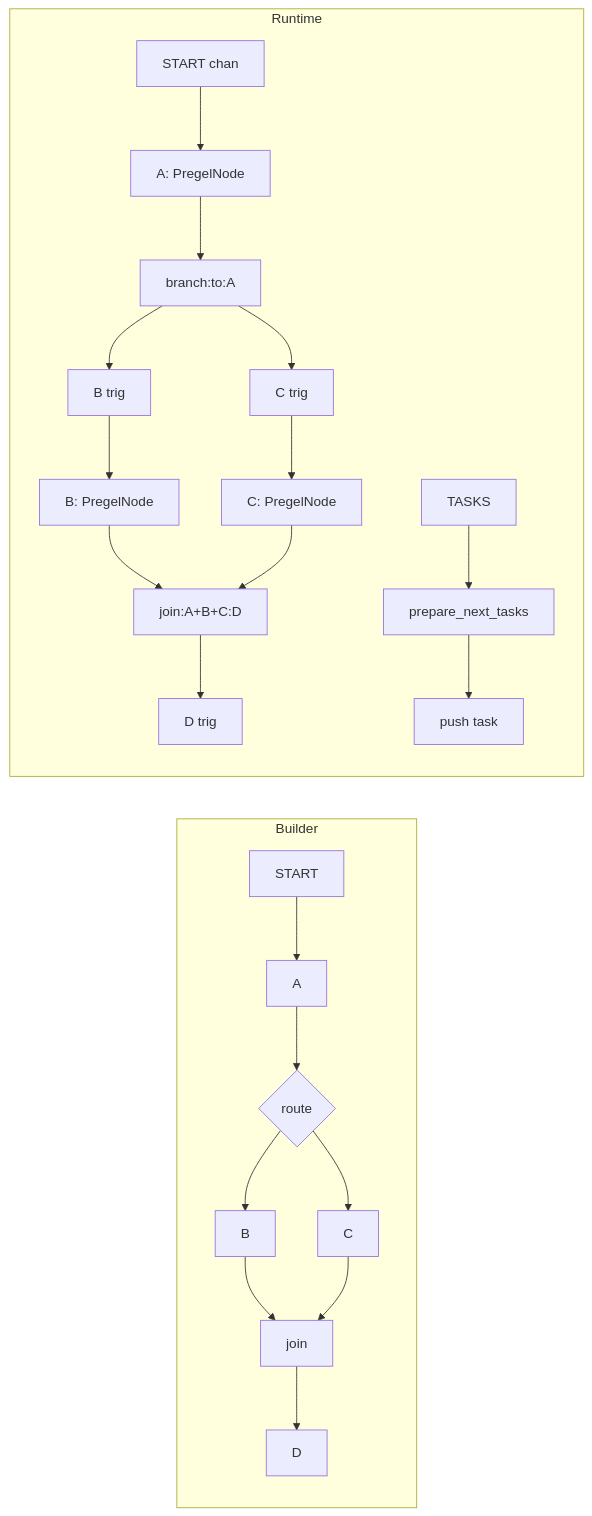
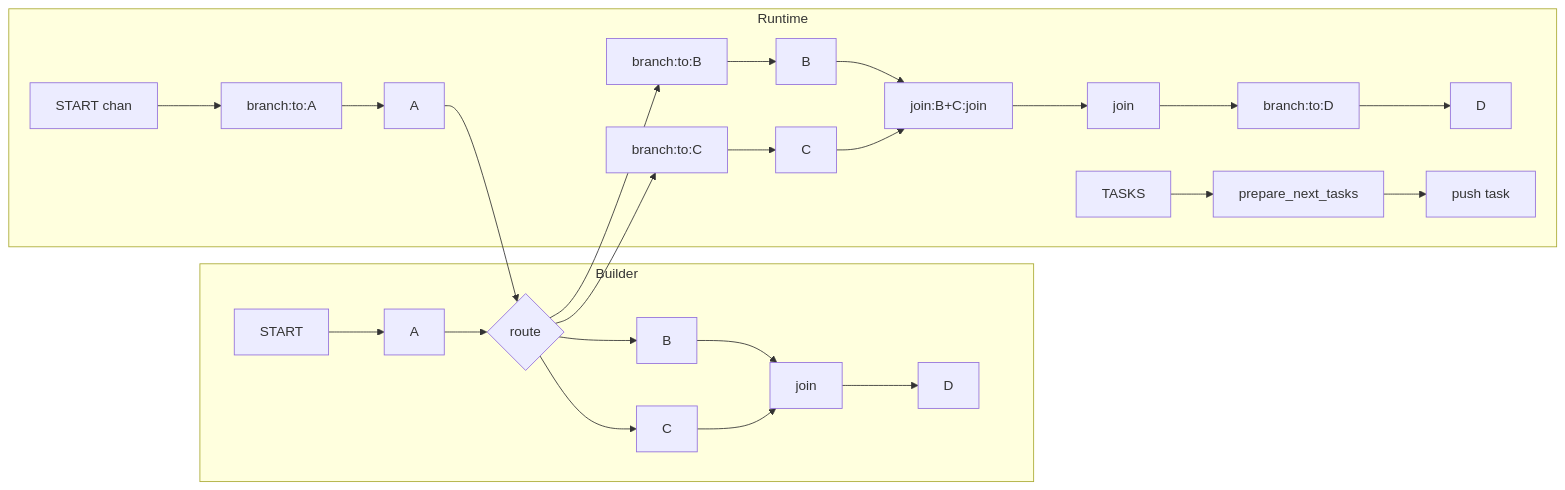
Before and after one commit to joels-sandgarden/langgraph-docs: the diagram in content/en/docs/04-control-flow-is-channels-too.md, drawn with Mermaid. The commit also changed 6 other files, not shown here.

````diff
--- a/content/en/docs/04-control-flow-is-channels-too.md
+++ b/content/en/docs/04-control-flow-is-channels-too.md
@@ -17,26 +17,29 @@
 ```mermaid
 flowchart LR
   subgraph Builder
     S["START"] --> A[A]
     A --> R{"route"}
     R --> B[B]
     R --> C[C]
     B --> J[join]
     C --> J
     J --> D[D]
   end
 
   subgraph Runtime
-    ST["START chan"] --> NA["A: PregelNode"]
-    NA --> BA["branch:to:A"]
-    BA --> BT["B trig"]
-    BA --> CT["C trig"]
-    BT --> NB["B: PregelNode"]
-    CT --> NC["C: PregelNode"]
-    NB --> JV["join:A+B+C:D"]
+    ST["START chan"] --> BA0["branch:to:A"]
+    BA0 --> NA["A"]
+    NA --> R{"route"}
+    R --> BTB["branch:to:B"]
+    R --> BTC["branch:to:C"]
+    BTB --> NB["B"]
+    BTC --> NC["C"]
+    NB --> JV["join:B+C:join"]
     NC --> JV
-    JV --> DT["D trig"]
+    JV --> JN["join"]
+    JN --> BTD["branch:to:D"]
+    BTD --> ND["D"]
     TASKS["TASKS"] --> PN["prepare_next_tasks"]
     PN --> PT["push task"]
   end
 ```
````
